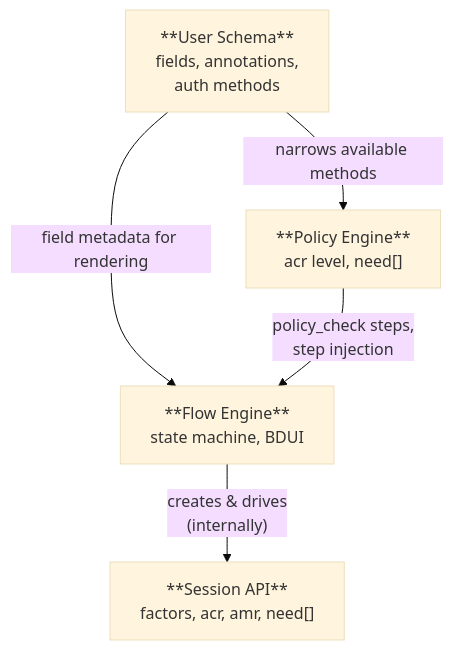
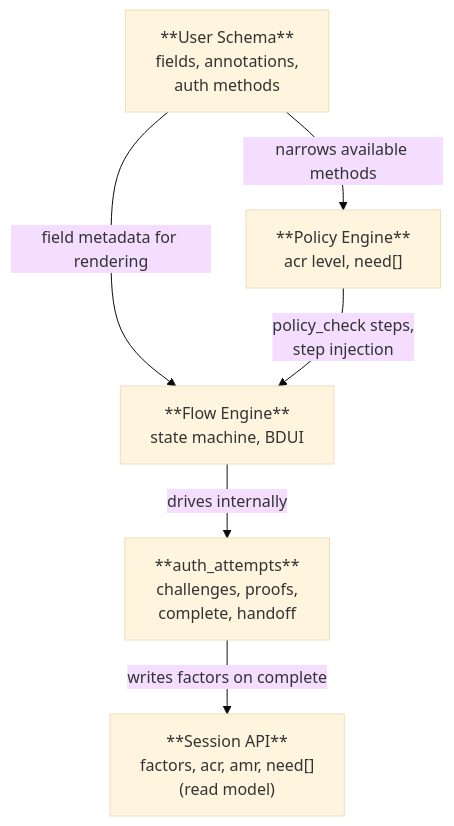
Before and after one commit to zitadel/nextgen: the diagram in docs/design/flowengine/README.md, drawn with Mermaid (base theme). The commit also changed other lines of this file and 3 other files, not shown here.

Commit message:
docs(design): update session and flow interaction

````diff
--- a/docs/design/flowengine/README.md
+++ b/docs/design/flowengine/README.md
@@ -73,12 +74,14 @@
 ```mermaid
 graph TD
     Schema["**User Schema**<br>fields, annotations,<br>auth methods"]
     Policy["**Policy Engine**<br>acr level, need[]"]
     Flow["**Flow Engine**<br>state machine, BDUI"]
-    Session["**Session API**<br>factors, acr, amr, need[]"]
+    Attempts["**auth_attempts**<br>challenges, proofs,<br>complete, handoff"]
+    Session["**Session API**<br>factors, acr, amr, need[]<br>(read model)"]
 
     Schema -- "narrows available methods" --> Policy
     Schema -- "field metadata for rendering" --> Flow
     Policy -- "policy_check steps,<br>step injection" --> Flow
-    Flow -- "creates & drives<br>(internally)" --> Session
+    Flow -- "drives internally" --> Attempts
+    Attempts -- "writes factors on complete" --> Session
 ```
````
